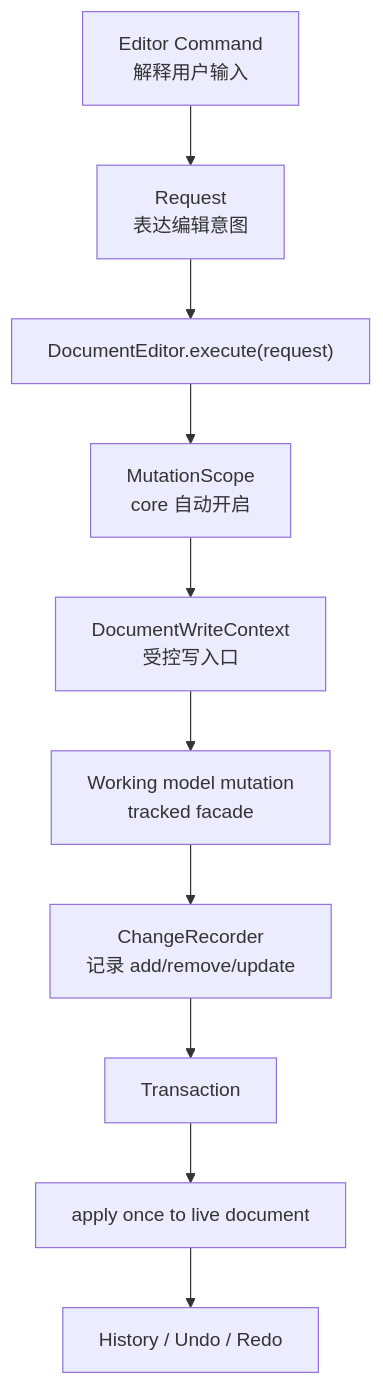
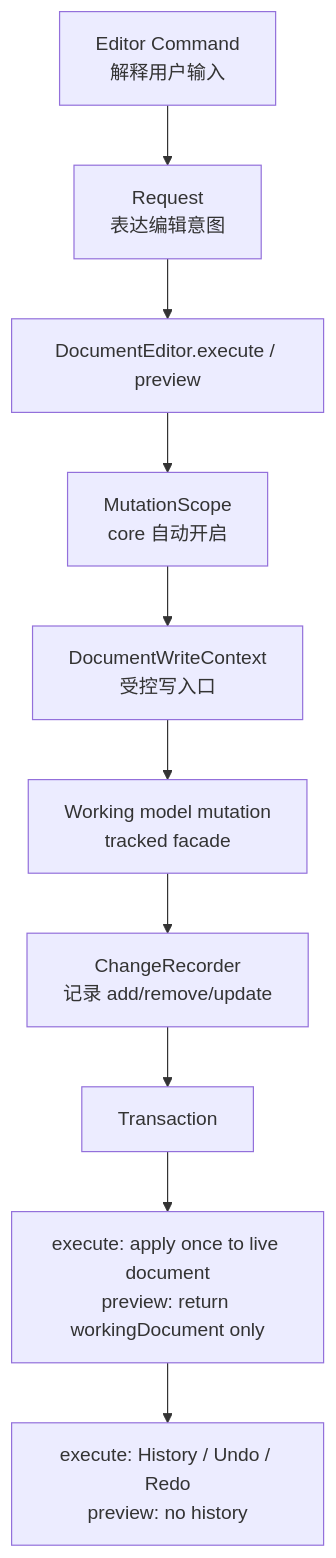
Before and after one commit to genewanggang-sudo/occt-draw-web: the diagram in docs/文档编辑事务架构重构方案.md, drawn with Mermaid. The commit also changed other lines of this file, not shown here.

Commit message:
docs: add document request preview lifecycle

````diff
--- a/docs/文档编辑事务架构重构方案.md
+++ b/docs/文档编辑事务架构重构方案.md
@@ -112,12 +129,12 @@
 ```mermaid
 flowchart TD
     Cmd["Editor Command\n解释用户输入"] --> Req["Request<CadDocument>\n表达编辑意图"]
-    Req --> Editor["DocumentEditor.execute(request)"]
+    Req --> Editor["DocumentEditor.execute / preview"]
     Editor --> Scope["MutationScope\ncore 自动开启"]
     Scope --> Ctx["DocumentWriteContext\n受控写入口"]
     Ctx --> Model["Working model mutation\ntracked facade"]
     Model --> Change["ChangeRecorder\n记录 add/remove/update"]
     Change --> Tx["Transaction<CadDocument>"]
-    Tx --> Apply["apply once to live document"]
-    Apply --> History["History / Undo / Redo"]
+    Tx --> Apply["execute: apply once to live document\npreview: return workingDocument only"]
+    Apply --> History["execute: History / Undo / Redo\npreview: no history"]
 ```
````
